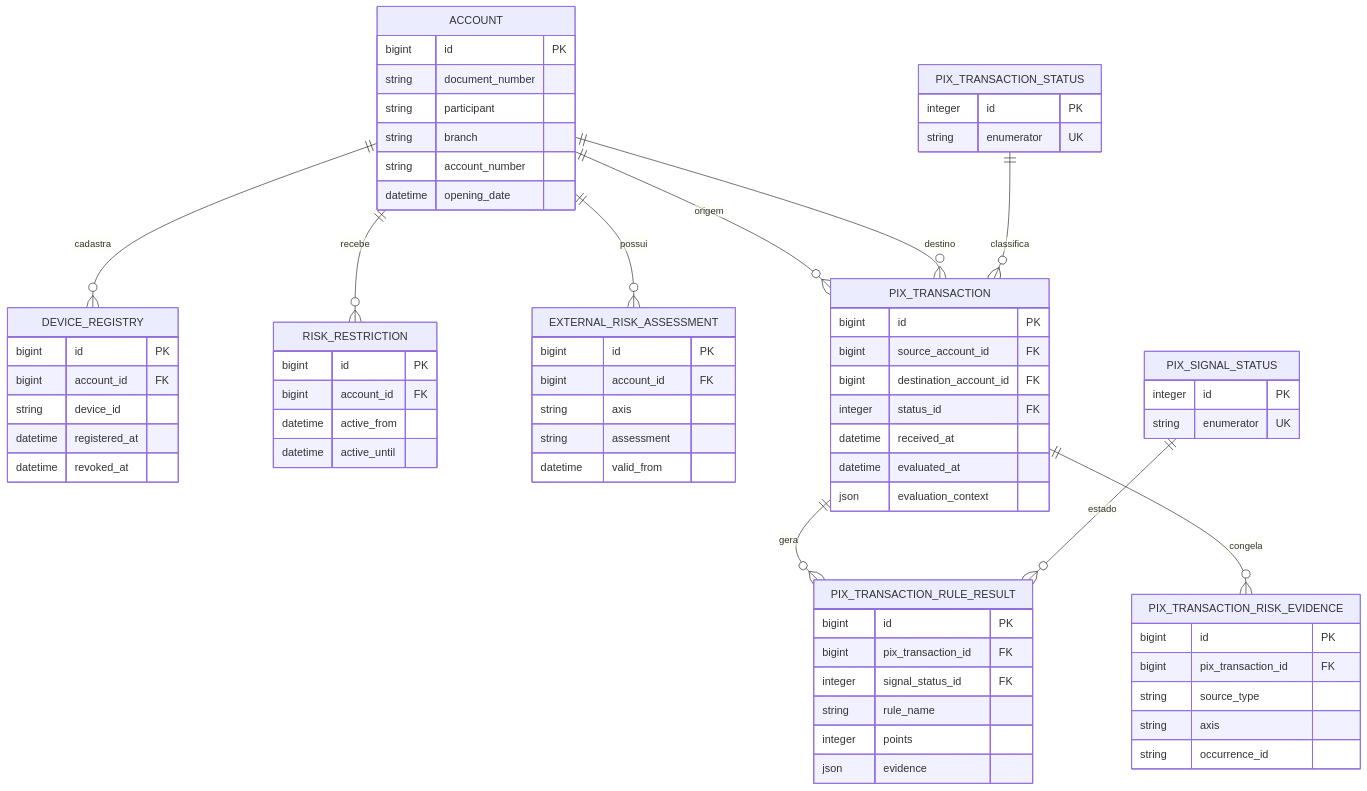
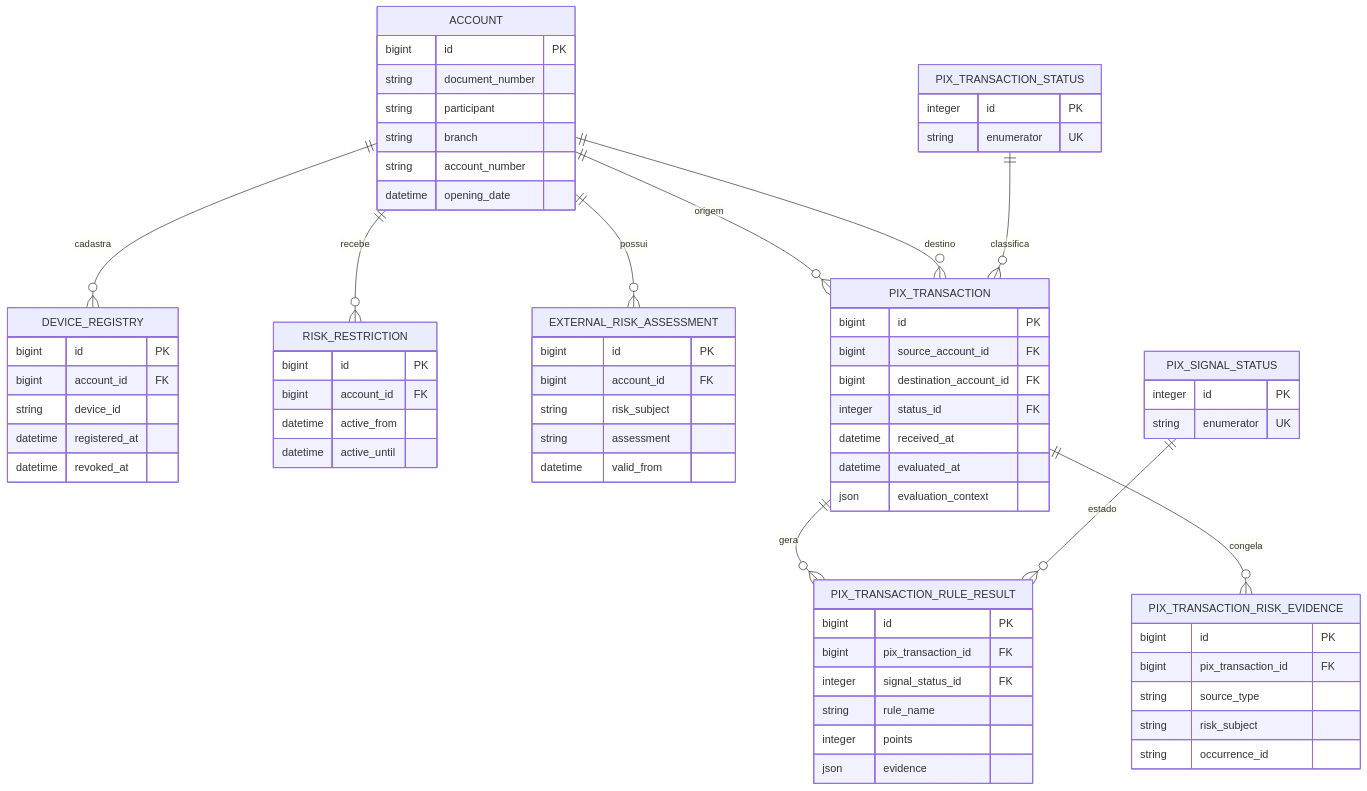
Before and after one commit to Rafael-Lombardi/Hackathon-QITech: the second of 2 diagrams in docs/README-interno.md, drawn with Mermaid. The commit also changed other lines of this file and 18 other files, not shown here.

Commit message:
rename risk axis to risk subject

````diff
--- a/docs/README-interno.md
+++ b/docs/README-interno.md
@@ -443,74 +443,74 @@
 ```mermaid
 erDiagram
     ACCOUNT ||--o{ DEVICE_REGISTRY : cadastra
     ACCOUNT ||--o{ RISK_RESTRICTION : recebe
     ACCOUNT ||--o{ EXTERNAL_RISK_ASSESSMENT : possui
 
     ACCOUNT ||--o{ PIX_TRANSACTION : origem
     ACCOUNT ||--o{ PIX_TRANSACTION : destino
     PIX_TRANSACTION_STATUS ||--o{ PIX_TRANSACTION : classifica
     PIX_TRANSACTION ||--o{ PIX_TRANSACTION_RULE_RESULT : gera
     PIX_SIGNAL_STATUS ||--o{ PIX_TRANSACTION_RULE_RESULT : estado
     PIX_TRANSACTION ||--o{ PIX_TRANSACTION_RISK_EVIDENCE : congela
 
     ACCOUNT {
         bigint id PK
         string document_number
         string participant
         string branch
         string account_number
         datetime opening_date
     }
     DEVICE_REGISTRY {
         bigint id PK
         bigint account_id FK
         string device_id
         datetime registered_at
         datetime revoked_at
     }
     RISK_RESTRICTION {
         bigint id PK
         bigint account_id FK
         datetime active_from
         datetime active_until
     }
     EXTERNAL_RISK_ASSESSMENT {
         bigint id PK
         bigint account_id FK
-        string axis
+        string risk_subject
         string assessment
         datetime valid_from
     }
     PIX_TRANSACTION {
         bigint id PK
         bigint source_account_id FK
         bigint destination_account_id FK
         integer status_id FK
         datetime received_at
         datetime evaluated_at
         json evaluation_context
     }
     PIX_TRANSACTION_RULE_RESULT {
         bigint id PK
         bigint pix_transaction_id FK
         integer signal_status_id FK
         string rule_name
         integer points
         json evidence
     }
     PIX_TRANSACTION_RISK_EVIDENCE {
         bigint id PK
         bigint pix_transaction_id FK
         string source_type
-        string axis
+        string risk_subject
         string occurrence_id
     }
     PIX_TRANSACTION_STATUS {
         integer id PK
         string enumerator UK
     }
     PIX_SIGNAL_STATUS {
         integer id PK
         string enumerator UK
     }
 ```
````
